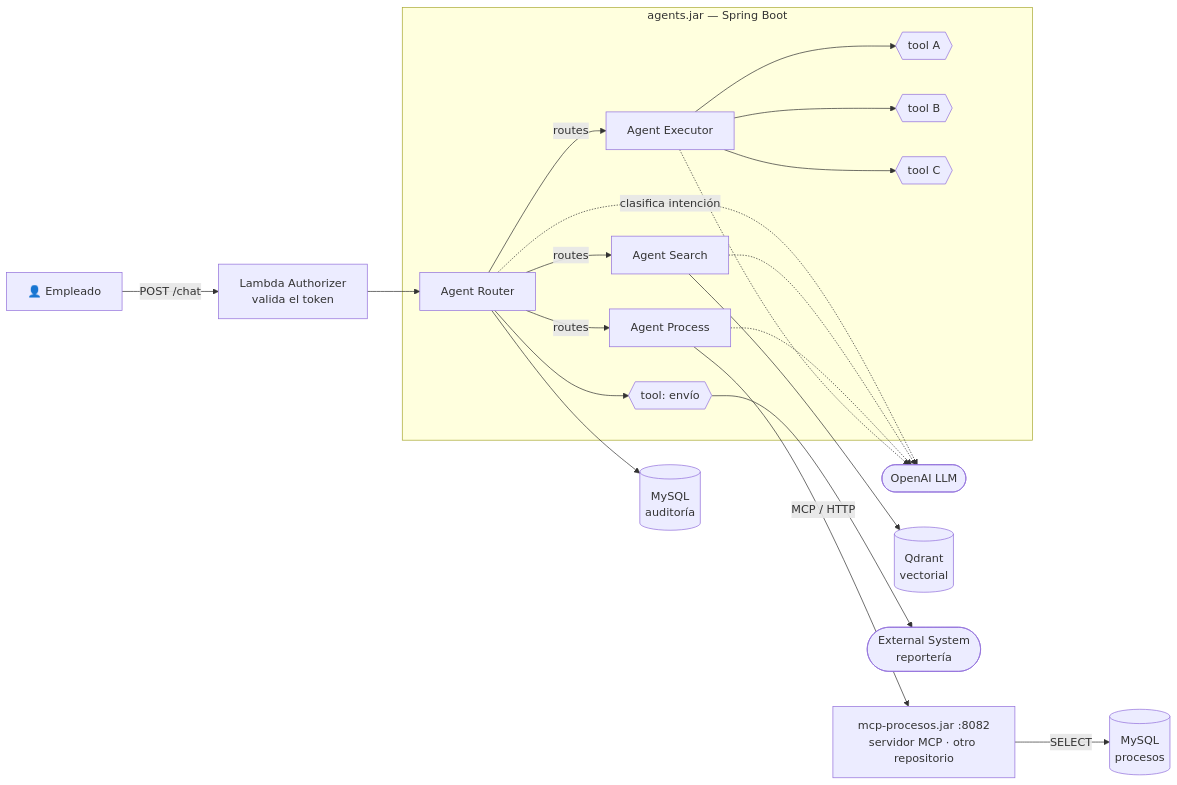
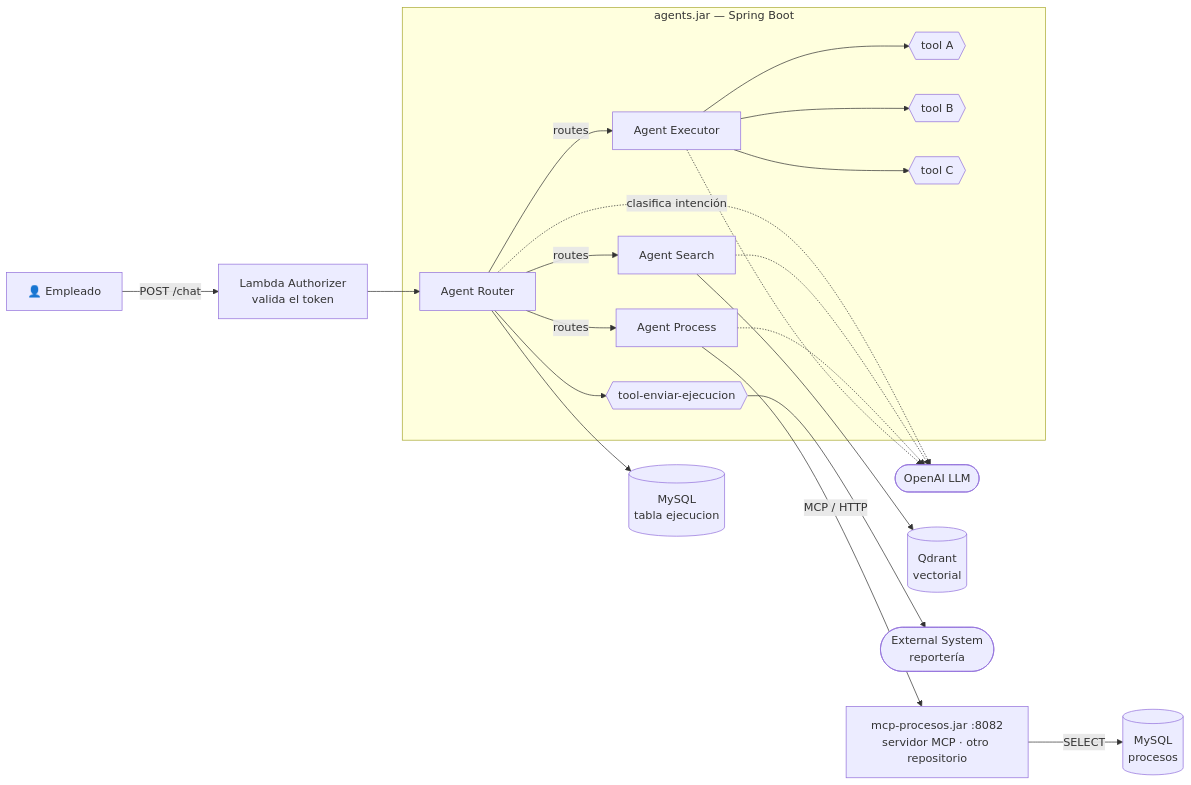
The first of 16 diagrams in README.md (xxce10xx/agents-spring), drawn with Mermaid before and after one commit. The commit also changed other lines of this file and 12 other files, not shown here.

````diff
--- a/README.md
+++ b/README.md
@@ -47,43 +48,43 @@
 ```mermaid
 graph LR
     Actor["👤 Empleado"]
     LA["Lambda Authorizer<br/>valida el token"]
     LLM(["OpenAI LLM"])
 
     subgraph JAR["agents.jar — Spring Boot"]
         R["Agent Router"]
         S["Agent Search"]
         P["Agent Process"]
         E["Agent Executor"]
-        T{{"tool: envío"}}
+        T{{"tool-enviar-ejecucion"}}
         TA{{"tool A"}}
         TB{{"tool B"}}
         TC{{"tool C"}}
     end
 
     QD[("Qdrant<br/>vectorial")]
     MCPS["mcp-procesos.jar :8082<br/>servidor MCP · otro repositorio"]
     DBP[("MySQL<br/>procesos")]
-    DBA[("MySQL<br/>auditoría")]
+    DBA[("MySQL<br/>tabla ejecucion")]
     EXT(["External System<br/>reportería"])
 
     Actor -->|"POST /chat"| LA
     LA --> R
     R -->|"routes"| S
     R -->|"routes"| P
     R -->|"routes"| E
     S --> QD
     P -->|"MCP / HTTP"| MCPS
     MCPS -->|"SELECT"| DBP
     E --> TA
     E --> TB
     E --> TC
     R --> DBA
     R --> T
     T --> EXT
 
     R -.->|"clasifica intención"| LLM
     S -.-> LLM
     P -.-> LLM
     E -.-> LLM
 ```
````
